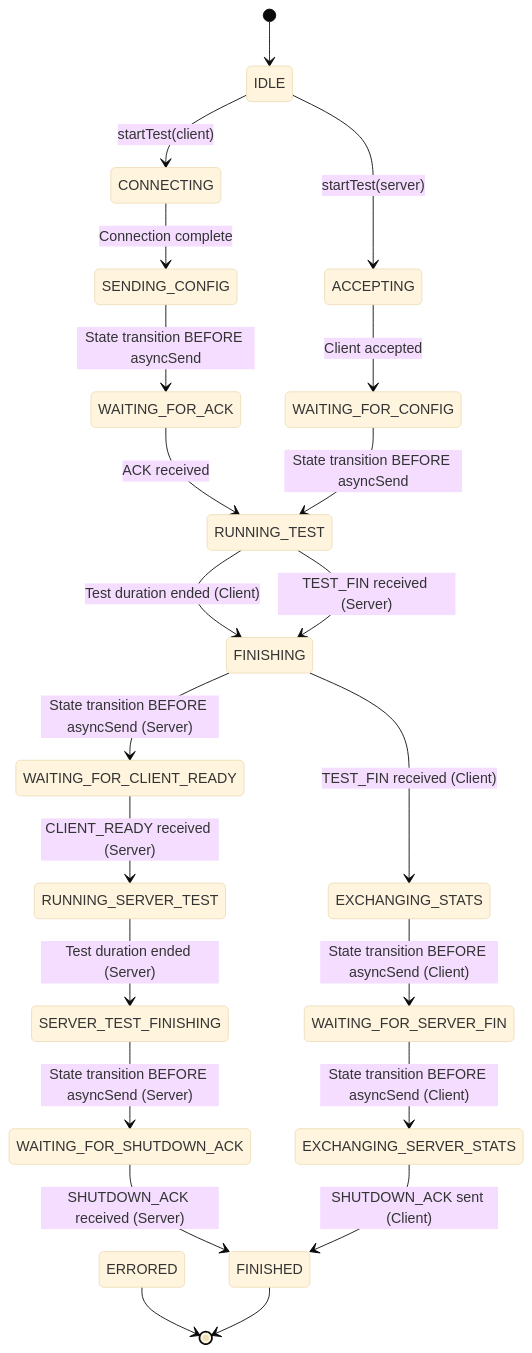
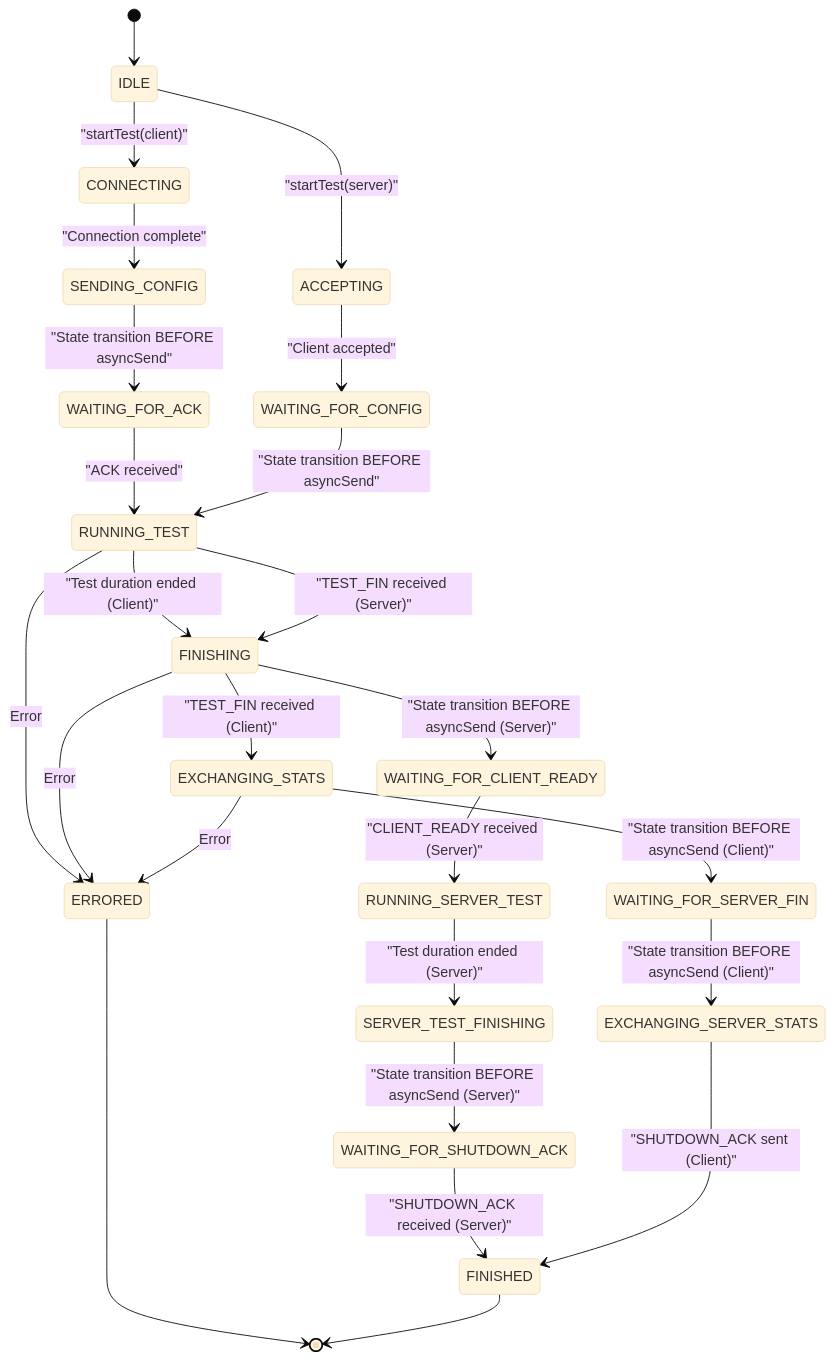
Before and after one commit to JunKIM2603a/MyIperf: the fifth of 5 diagrams in MyIperf/README.md, drawn with Mermaid (base theme). The commit also changed other lines of this file, not shown here.

````diff
--- a/MyIperf/README.md
+++ b/MyIperf/README.md
@@ -106,34 +510,38 @@
 ```mermaid
 stateDiagram-v2
     [*] --> IDLE
-
-    IDLE --> CONNECTING: startTest(client)
-    IDLE --> ACCEPTING: startTest(server)
-
-    CONNECTING --> SENDING_CONFIG: Connection complete
-    SENDING_CONFIG --> WAITING_FOR_ACK: State transition BEFORE asyncSend
-    WAITING_FOR_ACK --> RUNNING_TEST: ACK received
-
-    ACCEPTING --> WAITING_FOR_CONFIG: Client accepted
-    WAITING_FOR_CONFIG --> RUNNING_TEST: State transition BEFORE asyncSend
-
-    RUNNING_TEST --> FINISHING: Test duration ended (Client)
-    RUNNING_TEST --> FINISHING: TEST_FIN received (Server)
-
-    FINISHING --> EXCHANGING_STATS: TEST_FIN received (Client)
-    FINISHING --> WAITING_FOR_CLIENT_READY: State transition BEFORE asyncSend (Server)
-
-    EXCHANGING_STATS --> WAITING_FOR_SERVER_FIN: State transition BEFORE asyncSend (Client)
-
-    WAITING_FOR_CLIENT_READY --> RUNNING_SERVER_TEST: CLIENT_READY received (Server)
-    RUNNING_SERVER_TEST --> SERVER_TEST_FINISHING: Test duration ended (Server)
     
-    WAITING_FOR_SERVER_FIN --> EXCHANGING_SERVER_STATS: State transition BEFORE asyncSend (Client)
-    SERVER_TEST_FINISHING --> WAITING_FOR_SHUTDOWN_ACK: State transition BEFORE asyncSend (Server)
-
-    WAITING_FOR_SHUTDOWN_ACK --> FINISHED: SHUTDOWN_ACK received (Server)
-    EXCHANGING_SERVER_STATS --> FINISHED: SHUTDOWN_ACK sent (Client)
-
+    IDLE --> CONNECTING: "startTest(client)"
+    IDLE --> ACCEPTING: "startTest(server)"
+    
+    CONNECTING --> SENDING_CONFIG: "Connection complete"
+    SENDING_CONFIG --> WAITING_FOR_ACK: "State transition BEFORE asyncSend"
+    WAITING_FOR_ACK --> RUNNING_TEST: "ACK received"
+    
+    ACCEPTING --> WAITING_FOR_CONFIG: "Client accepted"
+    WAITING_FOR_CONFIG --> RUNNING_TEST: "State transition BEFORE asyncSend"
+    
+    RUNNING_TEST --> FINISHING: "Test duration ended (Client)"
+    RUNNING_TEST --> FINISHING: "TEST_FIN received (Server)"
+    
+    FINISHING --> EXCHANGING_STATS: "TEST_FIN received (Client)"
+    FINISHING --> WAITING_FOR_CLIENT_READY: "State transition BEFORE asyncSend (Server)"
+    
+    EXCHANGING_STATS --> WAITING_FOR_SERVER_FIN: "State transition BEFORE asyncSend (Client)"
+    
+    WAITING_FOR_CLIENT_READY --> RUNNING_SERVER_TEST: "CLIENT_READY received (Server)"
+    RUNNING_SERVER_TEST --> SERVER_TEST_FINISHING: "Test duration ended (Server)"
+    
+    WAITING_FOR_SERVER_FIN --> EXCHANGING_SERVER_STATS: "State transition BEFORE asyncSend (Client)"
+    SERVER_TEST_FINISHING --> WAITING_FOR_SHUTDOWN_ACK: "State transition BEFORE asyncSend (Server)"
+    
+    WAITING_FOR_SHUTDOWN_ACK --> FINISHED: "SHUTDOWN_ACK received (Server)"
+    EXCHANGING_SERVER_STATS --> FINISHED: "SHUTDOWN_ACK sent (Client)"
+    
+    RUNNING_TEST --> ERRORED: Error
+    FINISHING --> ERRORED: Error
+    EXCHANGING_STATS --> ERRORED: Error
+    
     ERRORED --> [*]
     FINISHED --> [*]
 ```
````
